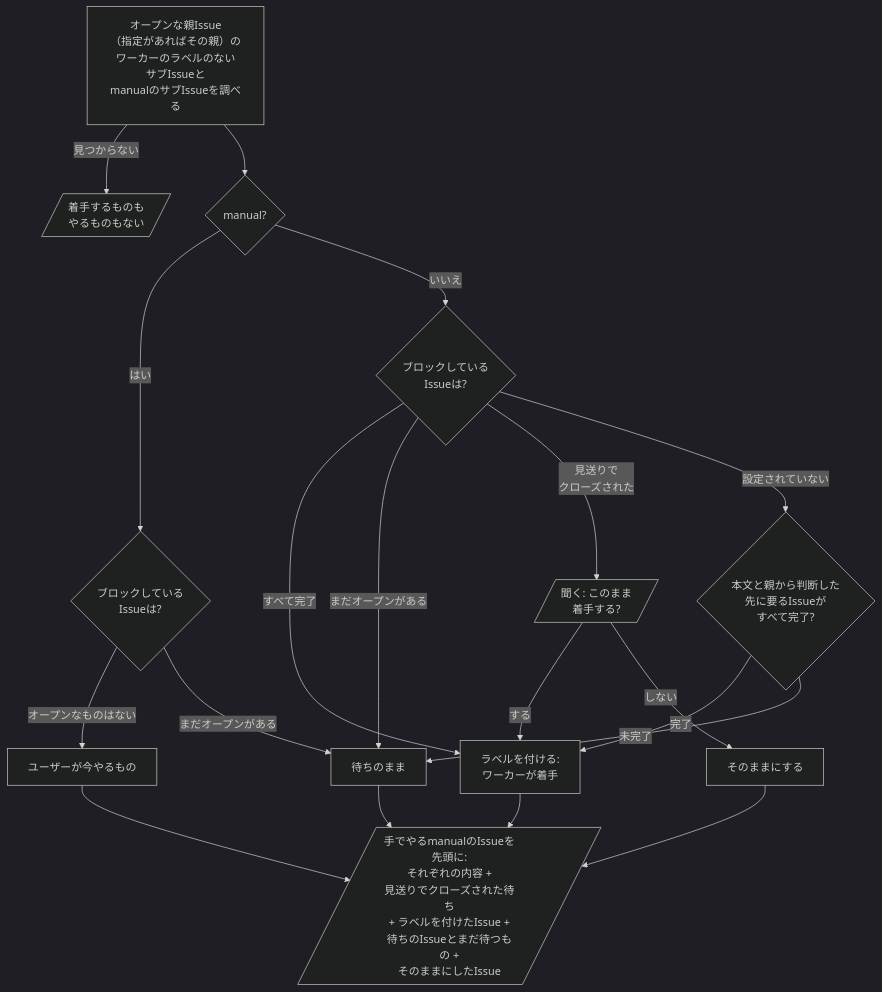
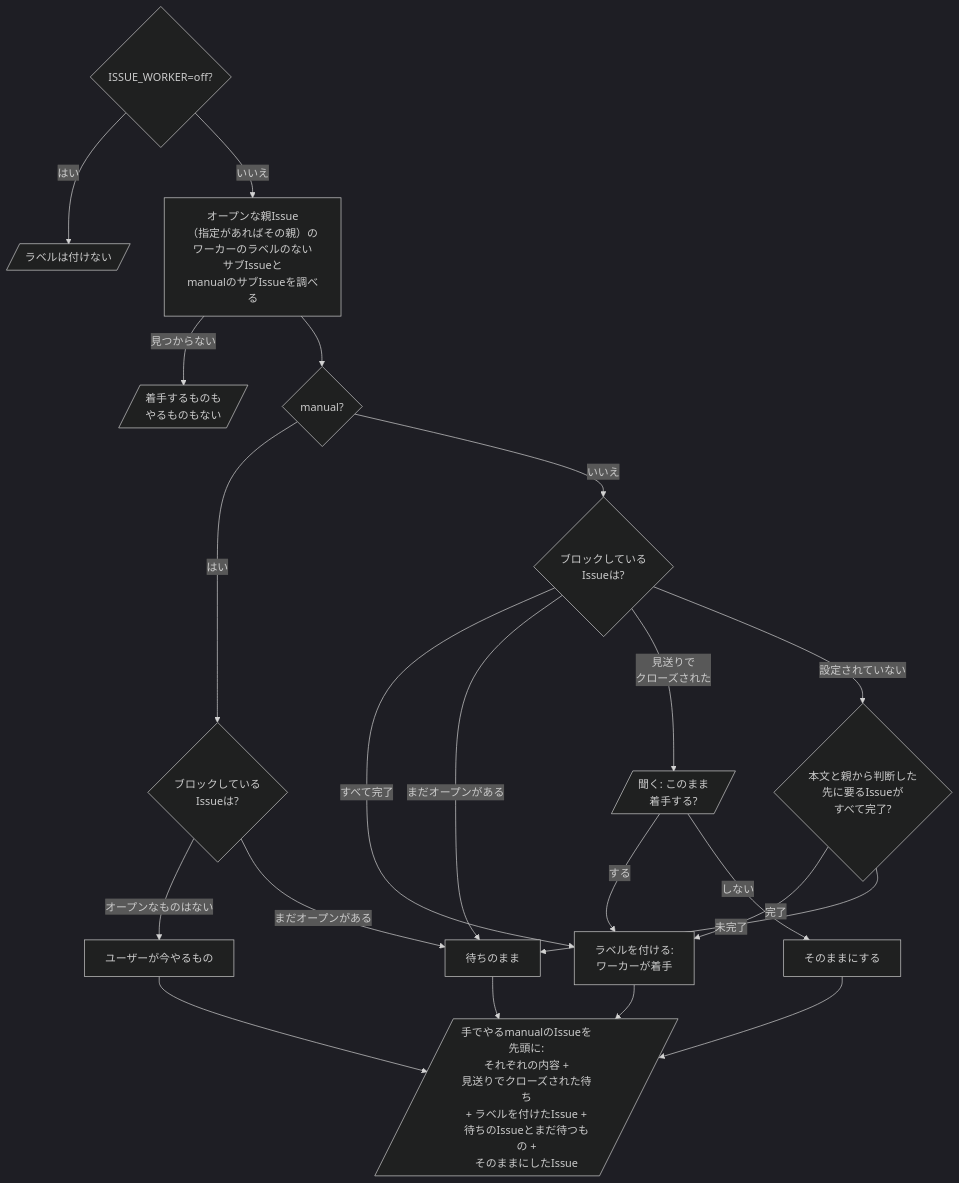
One commit to omni-stove/skill-kit changed the diagram in shared/skills/unblock/README.ja.md. Above: the diagram before and after it, drawn with Mermaid (dark theme). The commit also changed 35 other files, not shown here.

````diff
--- a/shared/skills/unblock/README.ja.md
+++ b/shared/skills/unblock/README.ja.md
@@ -3,22 +3,24 @@
 ```mermaid
 flowchart TD
+  off{ISSUE_WORKER=off?} -- "はい" --> offr[/ラベルは付けない/]
+  off -- "いいえ" --> scan
   scan[オープンな親Issue<br/>（指定があればその親）の<br/>ワーカーのラベルのない<br/>サブIssueと<br/>manualのサブIssueを調べる]
   scan -- "見つからない" --> none[/着手するものも<br/>やるものもない/]
   scan --> kind{manual?}
   kind -- "はい" --> mstate{ブロックしている<br/>Issueは?}
   mstate -- "オープンなものはない" --> yours[ユーザーが今やるもの]
   mstate -- "まだオープンがある" --> waiting
   kind -- "いいえ" --> state{ブロックしている<br/>Issueは?}
   state -- "すべて完了" --> label[ラベルを付ける:<br/>ワーカーが着手]
   state -- "まだオープンがある" --> waiting[待ちのまま]
   state -- "見送りで<br/>クローズされた" --> ask[/聞く: このまま<br/>着手する?/]
   state -- "設定されていない" --> judge{本文と親から判断した<br/>先に要るIssueが<br/>すべて完了?}
   judge -- "完了" --> label
   judge -- "未完了" --> waiting
   ask -- "する" --> label
   ask -- "しない" --> keep[そのままにする]
   yours --> report[/"手でやるmanualのIssueを先頭に:<br/>それぞれの内容 +<br/>見送りでクローズされた待ち<br/>+ ラベルを付けたIssue +<br/>待ちのIssueとまだ待つもの +<br/>そのままにしたIssue"/]
   label --> report
   waiting --> report
   keep --> report
 ```
````
